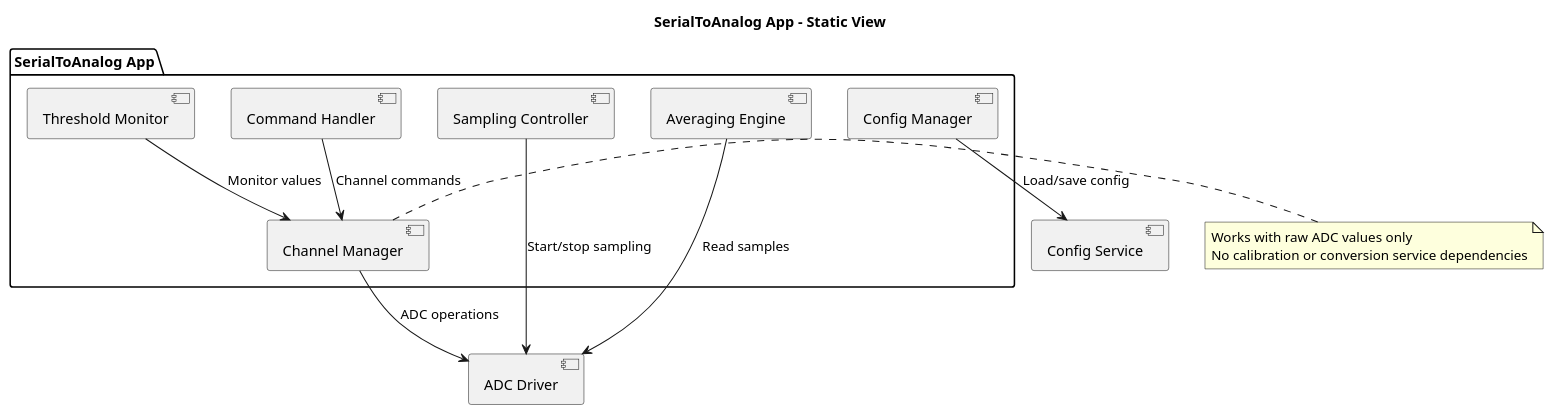
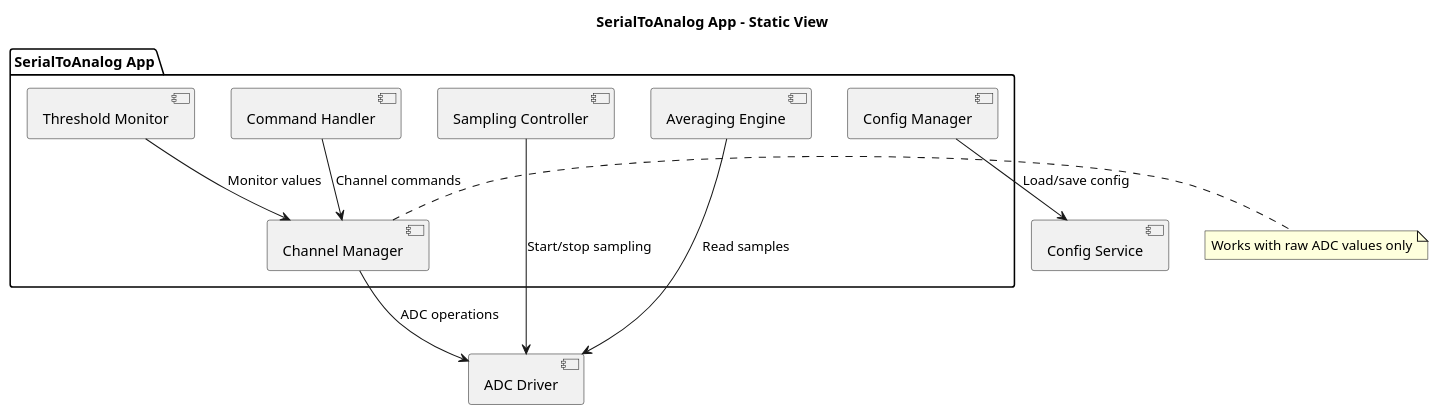
Before and after one commit to LinhTrucVo/Bico_Protocol_Bridge: the diagram in 2_architecture/fucntionView/layer3Application/serialToAnalogApp/staticView.puml, drawn with PlantUML. The commit also changed 24 other files, not shown here.

```diff
--- a/2_architecture/fucntionView/layer3Application/serialToAnalogApp/staticView.puml
+++ b/2_architecture/fucntionView/layer3Application/serialToAnalogApp/staticView.puml
@@ -1,29 +1,28 @@
 @startuml
 
 title SerialToAnalog App - Static View
 
 package "SerialToAnalog App" {
     [Command Handler] as cmdHandler
     [Channel Manager] as channelMgr
     [Sampling Controller] as samplingCtrl
     [Averaging Engine] as averaging
     [Threshold Monitor] as thresholdMon
     [Config Manager] as configMgr
 }
 
 [ADC Driver] as adcDriver
 [Config Service] as configService
 
 cmdHandler --> channelMgr : Channel commands
 channelMgr --> adcDriver : ADC operations
 samplingCtrl --> adcDriver : Start/stop sampling
 averaging --> adcDriver : Read samples
 thresholdMon --> channelMgr : Monitor values
 configMgr --> configService : Load/save config
 
 note right of channelMgr
   Works with raw ADC values only
-  No calibration or conversion service dependencies
 end note
 
 @enduml
```
